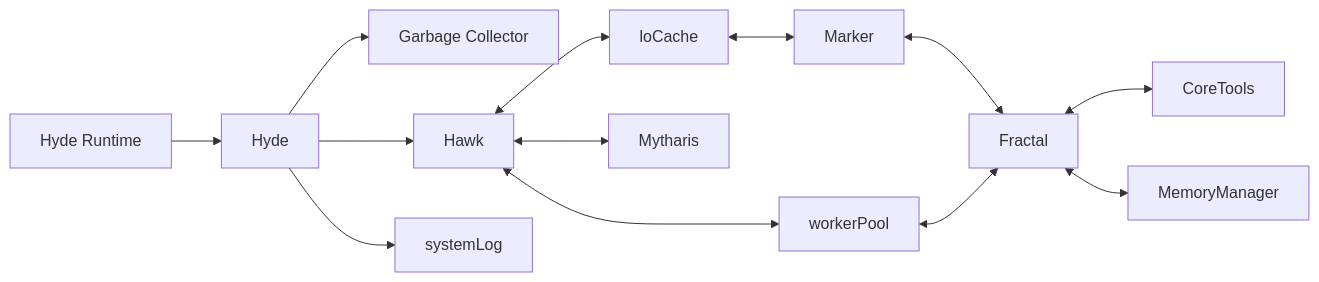
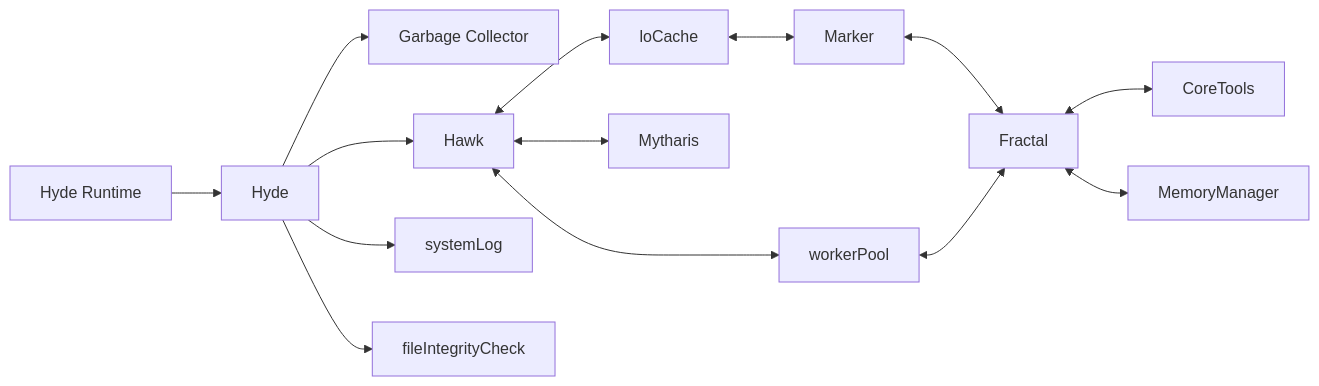
Before and after one commit to skirexwastaken/Hyde: the diagram in README.md, drawn with Mermaid.

````diff
--- a/README.md
+++ b/README.md
@@ -15,35 +15,37 @@
 ```mermaid
 graph LR
 
 A[Hyde]
 B[Garbage Collector]
 C[Hawk]
 D[loCache]
 E[Mytharis]
 F[workerPool]
 G[Fractal]
 H[Marker]
 I[systemLog]
 J[CoreTools]
 K[MemoryManager]
 L[Hyde Runtime]
+M[fileIntegrityCheck]
 
 L --> A
 
 A --> B
 A --> C
 A --> I
+A --> M
 
 C <--> D
 C <--> E
 C <--> F
 
 D <--> H
 
 H <--> G
 
 F <--> G
 
 G <--> J
 G <-->  K
 ```
````
